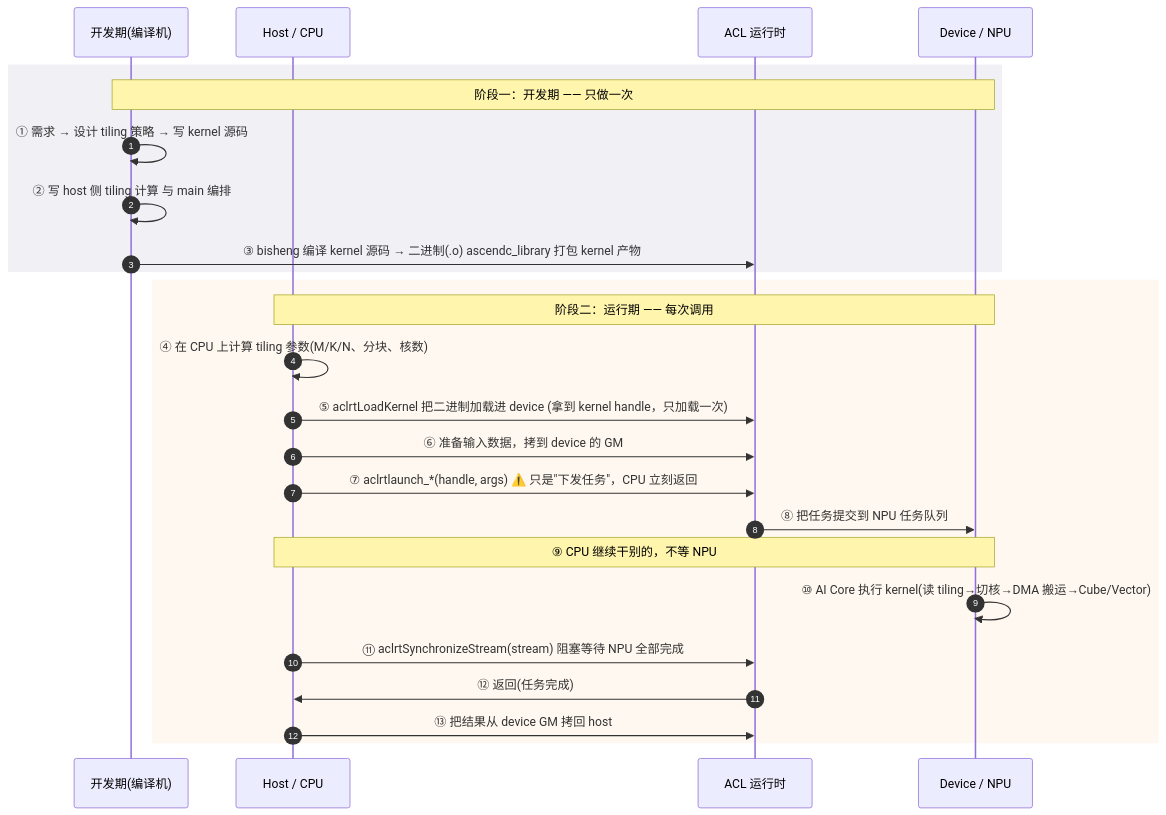
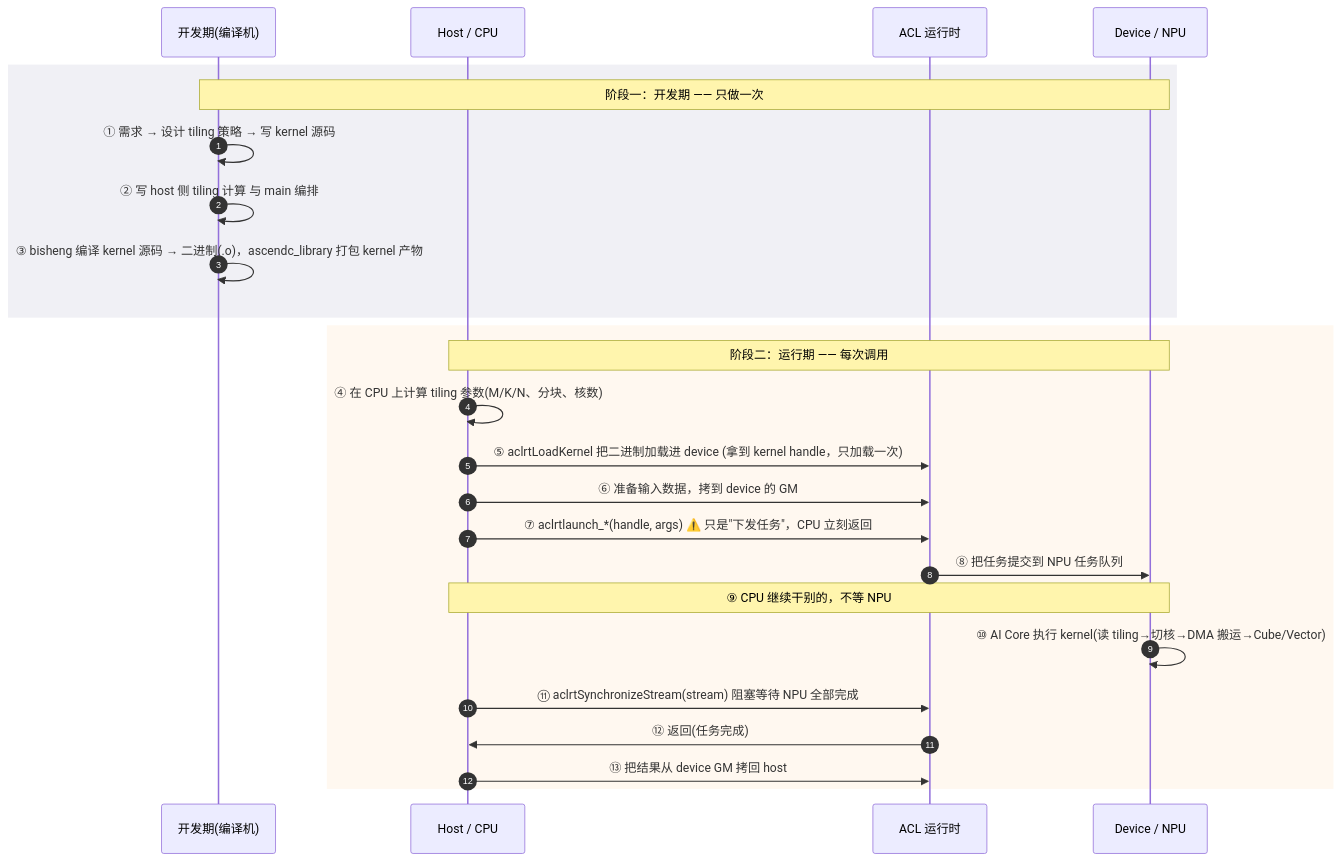
The diagram in docs/pages/hardware/03-host-device-kernel-lifecycle.md (SuccinctPaul/Ascend-Notes), drawn with Mermaid before and after one commit. The commit also changed other lines of this file and 39 other files, not shown here.

````diff
--- a/docs/pages/hardware/03-host-device-kernel-lifecycle.md
+++ b/docs/pages/hardware/03-host-device-kernel-lifecycle.md
@@ -97,29 +97,29 @@
 ```mermaid
 sequenceDiagram
     autonumber
     participant Dev as 开发期(编译机)
     participant Host as Host / CPU
     participant ACL as ACL 运行时
     participant Dev2 as Device / NPU
 
     rect rgb(240,240,245)
     Note over Dev,Dev2: 阶段一：开发期 —— 只做一次
     Dev->>Dev: ① 需求 → 设计 tiling 策略 → 写 kernel 源码
     Dev->>Dev: ② 写 host 侧 tiling 计算 与 main 编排
-    Dev->>ACL: ③ bisheng 编译 kernel 源码 → 二进制(.o) ascendc_library 打包 kernel 产物
+    Dev->>Dev: ③ bisheng 编译 kernel 源码 → 二进制(.o)，ascendc_library 打包 kernel 产物
     end
 
     rect rgb(255,248,240)
     Note over Host,Dev2: 阶段二：运行期 —— 每次调用
     Host->>Host: ④ 在 CPU 上计算 tiling 参数(M/K/N、分块、核数)
     Host->>ACL: ⑤ aclrtLoadKernel 把二进制加载进 device (拿到 kernel handle，只加载一次)
     Host->>ACL: ⑥ 准备输入数据，拷到 device 的 GM
     Host->>ACL: ⑦ aclrtlaunch_*(handle, args) ⚠️ 只是"下发任务"，CPU 立刻返回
     ACL->>Dev2: ⑧ 把任务提交到 NPU 任务队列
     Note over Host,Dev2: ⑨ CPU 继续干别的，不等 NPU
     Dev2->>Dev2: ⑩ AI Core 执行 kernel(读 tiling→切核→DMA 搬运→Cube/Vector)
     Host->>ACL: ⑪ aclrtSynchronizeStream(stream) 阻塞等待 NPU 全部完成
     ACL->>Host: ⑫ 返回(任务完成)
     Host->>ACL: ⑬ 把结果从 device GM 拷回 host
     end
 ```
````
